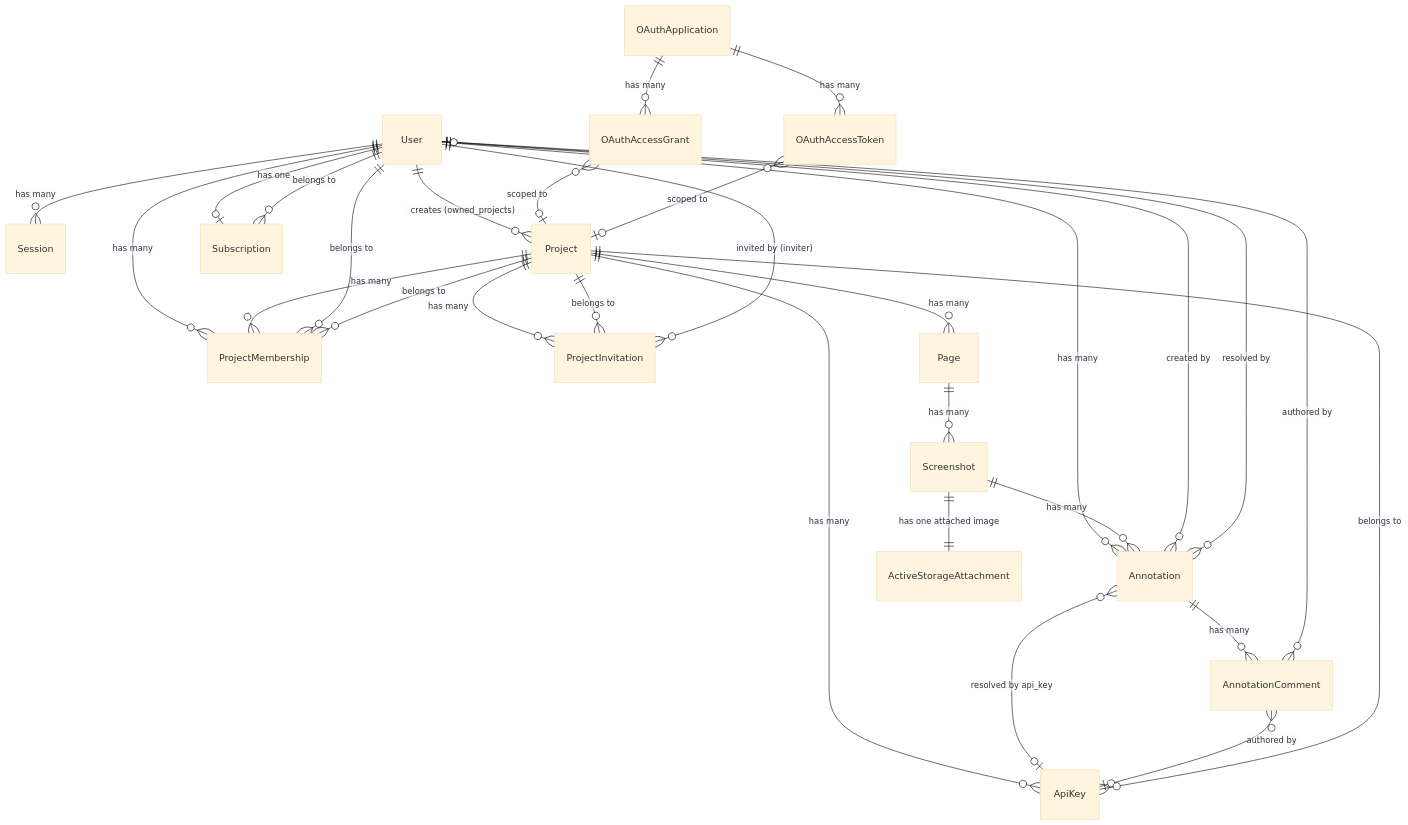
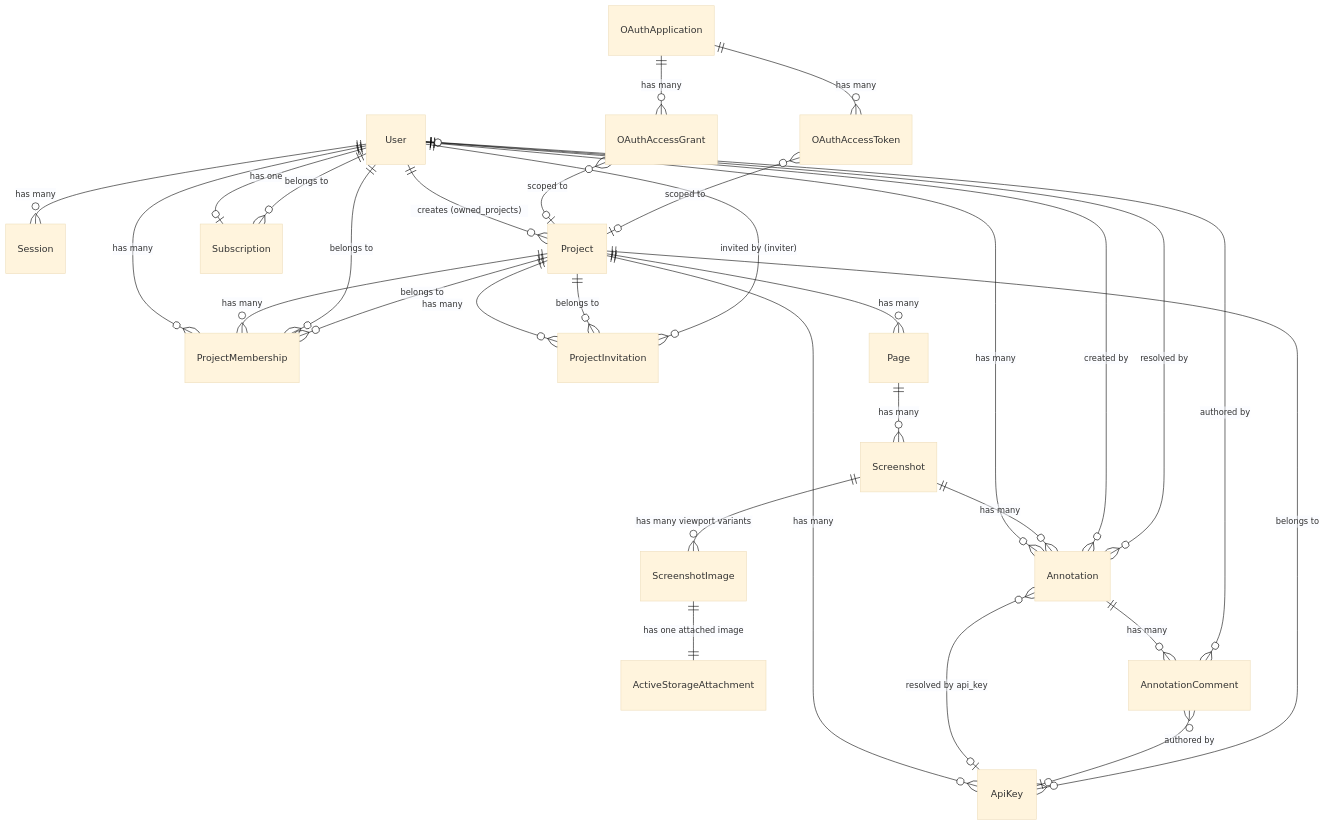
One commit to ivankuznetsov/screenote changed the diagram in wiki/data-model.md. Above: the diagram before and after it, drawn with Mermaid (base theme). The commit also changed other lines of this file and 29 other files, not shown here.

````diff
--- a/wiki/data-model.md
+++ b/wiki/data-model.md
@@ -18,41 +18,42 @@
 ```mermaid
 erDiagram
     User ||--o{ Session : "has many"
     User ||--o{ Project : "creates (owned_projects)"
     User ||--o{ ProjectMembership : "has many"
     User ||--o{ Annotation : "has many"
     User ||--o| Subscription : "has one"
 
     Project ||--o{ ProjectMembership : "has many"
     Project ||--o{ ProjectInvitation : "has many"
     Project ||--o{ Page : "has many"
     Project ||--o{ ApiKey : "has many"
 
     Page ||--o{ Screenshot : "has many"
 
+    Screenshot ||--o{ ScreenshotImage : "has many viewport variants"
     Screenshot ||--o{ Annotation : "has many"
-    Screenshot ||--|| ActiveStorageAttachment : "has one attached image"
+    ScreenshotImage ||--|| ActiveStorageAttachment : "has one attached image"
 
     Annotation ||--o{ AnnotationComment : "has many"
     Annotation }o--|| User : "created by"
     Annotation }o--o| User : "resolved by"
     Annotation }o--o| ApiKey : "resolved by api_key"
 
     AnnotationComment }o--o| User : "authored by"
     AnnotationComment }o--o| ApiKey : "authored by"
 
     ProjectMembership }o--|| User : "belongs to"
     ProjectMembership }o--|| Project : "belongs to"
 
     ProjectInvitation }o--|| Project : "belongs to"
     ProjectInvitation }o--|| User : "invited by (inviter)"
 
     ApiKey }o--|| Project : "belongs to"
 
     Subscription }o--|| User : "belongs to"
 
     OAuthApplication ||--o{ OAuthAccessGrant : "has many"
     OAuthApplication ||--o{ OAuthAccessToken : "has many"
     OAuthAccessGrant }o--o| Project : "scoped to"
     OAuthAccessToken }o--o| Project : "scoped to"
 ```
````
